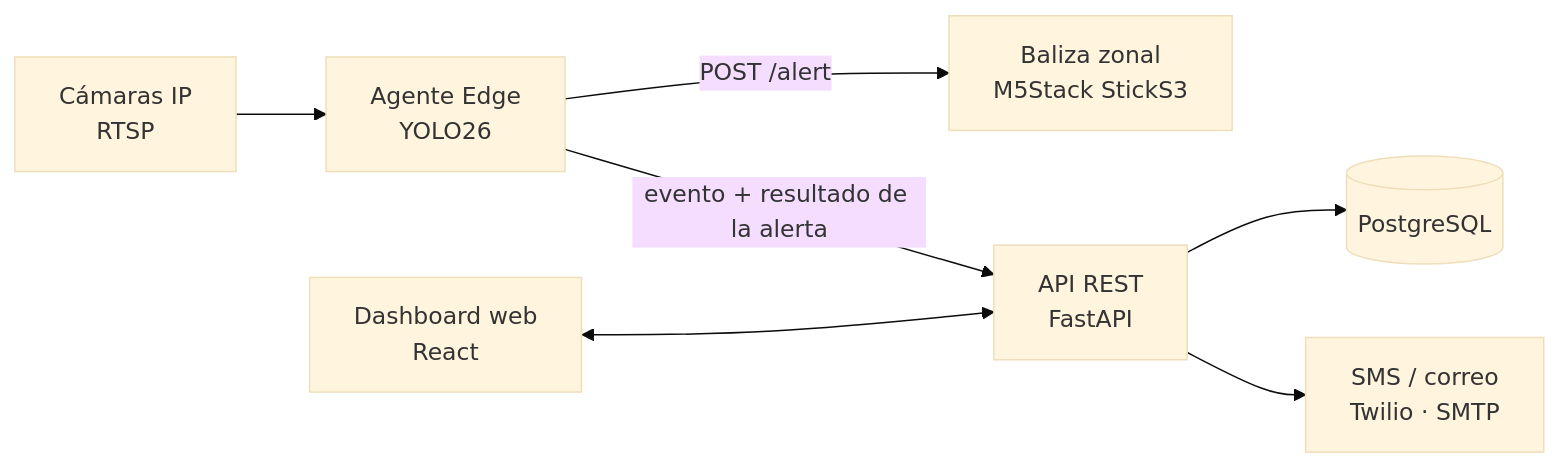
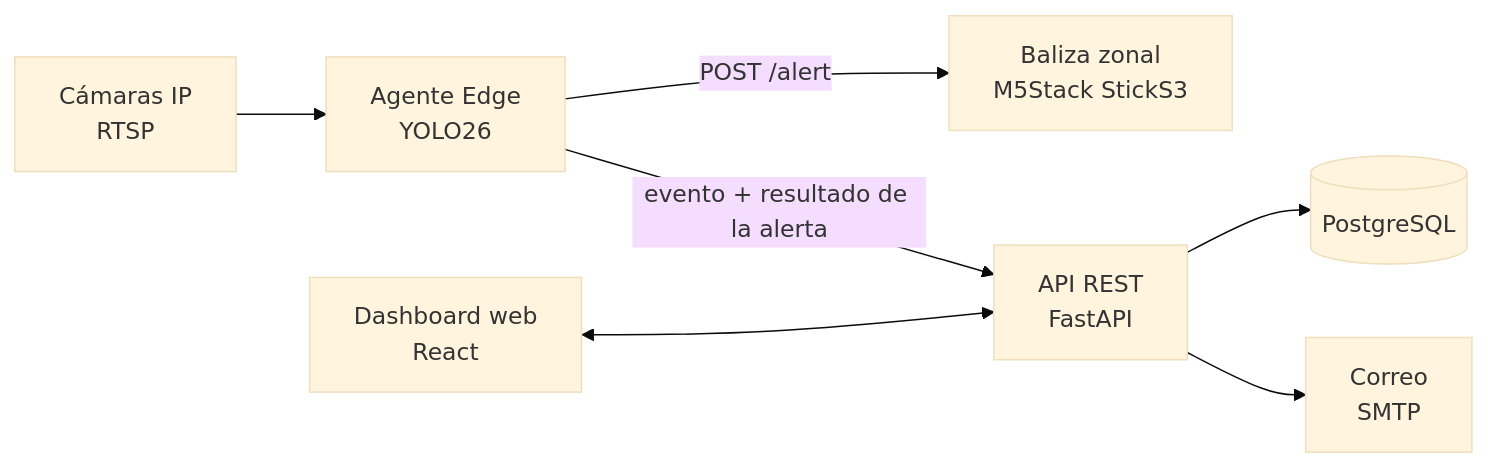
One commit to lonelystar16/AV_AldoMartinez802D_Equipo1 changed the diagram in README.md. Above: the diagram before and after it, drawn with Mermaid (base theme). The commit also changed other lines of this file, not shown here.

````diff
--- a/README.md
+++ b/README.md
@@ -38,9 +39,9 @@
 ```mermaid
 flowchart LR
     CAM[Cámaras IP<br/>RTSP] --> EDGE[Agente Edge<br/>YOLO26]
     EDGE -->|POST /alert| BAL[Baliza zonal<br/>M5Stack StickS3]
     EDGE -->|evento + resultado de la alerta| API[API REST<br/>FastAPI]
     API --> DB[(PostgreSQL)]
-    API --> NOT[SMS / correo<br/>Twilio · SMTP]
+    API --> NOT[Correo<br/>SMTP]
     DASH[Dashboard web<br/>React] <--> API
 ```
````
